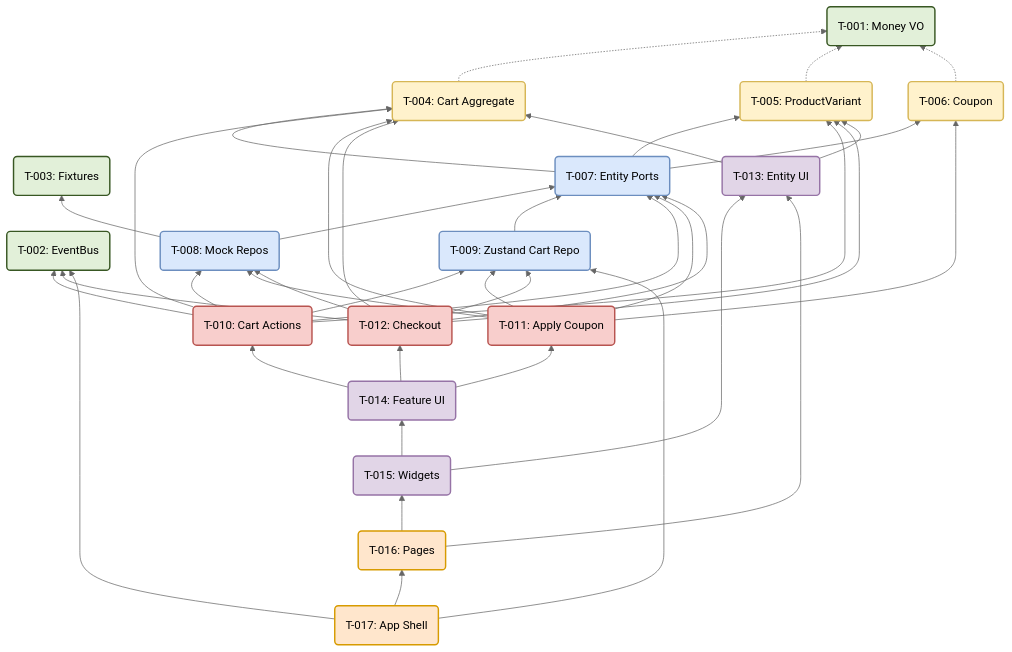
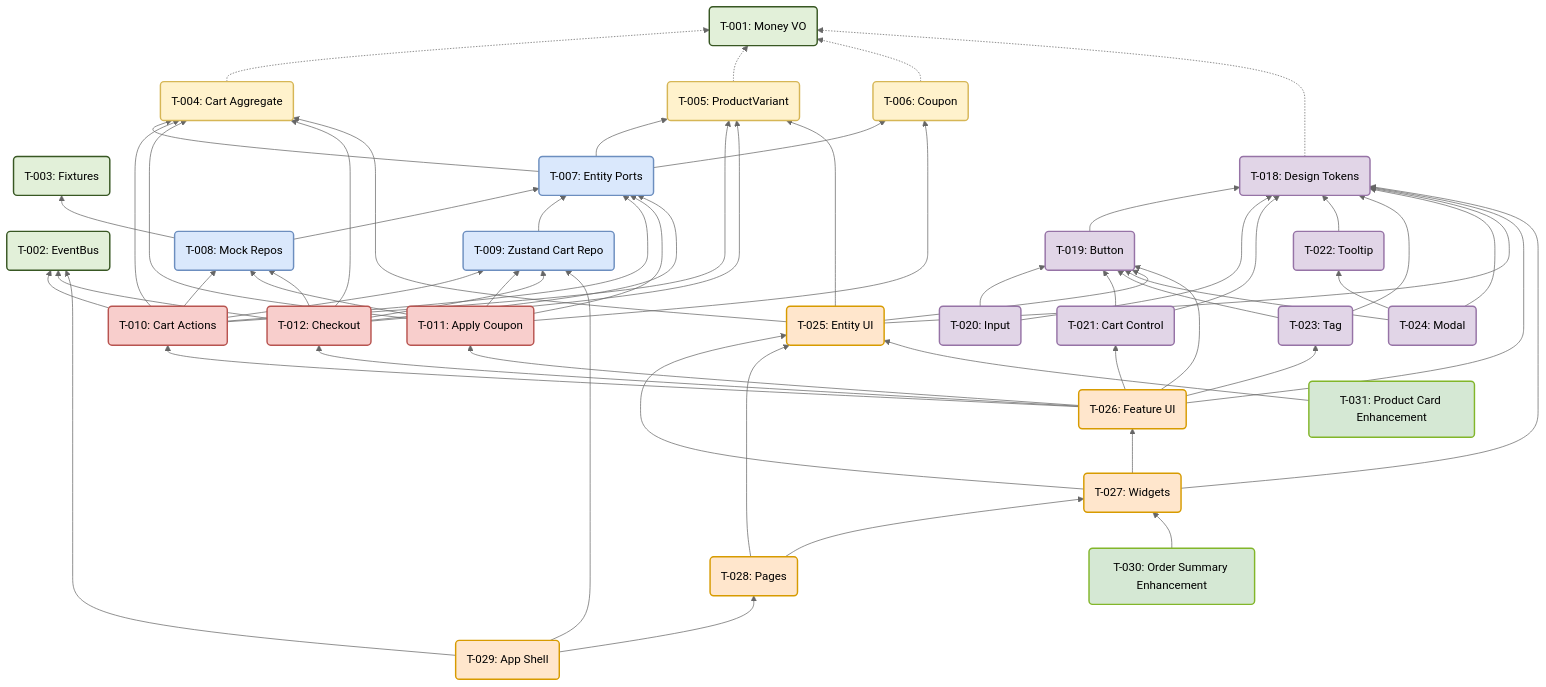
One commit to PavelPetrovich87/fsd-shopping-cart changed the diagram in docs/TICKETS.md. Above: the diagram before and after it, drawn with Mermaid (neutral theme). The commit also changed other lines of this file and 14 other files, not shown here.

````diff
--- a/docs/TICKETS.md
+++ b/docs/TICKETS.md
@@ -539,52 +734,74 @@
 ```mermaid
 graph BT
     classDef t1 fill:#e2f0d9,stroke:#385723,stroke-width:2px
     classDef t2 fill:#fff2cc,stroke:#d6b656,stroke-width:2px
     classDef t3 fill:#dae8fc,stroke:#6c8ebf,stroke-width:2px
     classDef t4 fill:#f8cecc,stroke:#b85450,stroke-width:2px
     classDef t5 fill:#e1d5e7,stroke:#9673a6,stroke-width:2px
     classDef t6 fill:#ffe6cc,stroke:#d79b00,stroke-width:2px
+    classDef t7 fill:#d5e8d4,stroke:#82b62a,stroke-width:2px
 
     T001("T-001: Money VO"):::t1
     T002("T-002: EventBus"):::t1
     T003("T-003: Fixtures"):::t1
 
     T004("T-004: Cart Aggregate"):::t2
     T005("T-005: ProductVariant"):::t2
     T006("T-006: Coupon"):::t2
 
     T007("T-007: Entity Ports"):::t3
     T008("T-008: Mock Repos"):::t3
     T009("T-009: Zustand Cart Repo"):::t3
 
     T010("T-010: Cart Actions"):::t4
     T011("T-011: Apply Coupon"):::t4
     T012("T-012: Checkout"):::t4
 
-    T013("T-013: Entity UI"):::t5
-    T014("T-014: Feature UI"):::t5
-    T015("T-015: Widgets"):::t5
+    T018("T-018: Design Tokens"):::t5
+    T019("T-019: Button"):::t5
+    T020("T-020: Input"):::t5
+    T021("T-021: Cart Control"):::t5
+    T022("T-022: Tooltip"):::t5
+    T023("T-023: Tag"):::t5
+    T024("T-024: Modal"):::t5
 
-    T016("T-016: Pages"):::t6
-    T017("T-017: App Shell"):::t6
+    T025("T-025: Entity UI"):::t6
+    T026("T-026: Feature UI"):::t6
+    T027("T-027: Widgets"):::t6
+
+    T028("T-028: Pages"):::t6
+    T029("T-029: App Shell"):::t6
+
+    T030("T-030: Order Summary Enhancement"):::t7
+    T031("T-031: Product Card Enhancement"):::t7
 
     T004 -.-> T001
     T005 -.-> T001
     T006 -.-> T001
 
     T007 --> T004 & T005 & T006
     T008 --> T003 & T007
     T009 --> T007
 
     T010 --> T004 & T005 & T007 & T008 & T009 & T002
     T011 --> T004 & T006 & T007 & T008 & T009
     T012 --> T004 & T005 & T007 & T008 & T009 & T002
 
-    T013 --> T004 & T005
-    T014 --> T010 & T011 & T012
+    T018 -.-> T001
+    T019 --> T018
+    T020 --> T018 & T019
+    T021 --> T018 & T019
+    T022 --> T018
+    T023 --> T018 & T019
+    T024 --> T018 & T019 & T022
 
-    T015 --> T013 & T014
+    T025 --> T004 & T005 & T018 & T019
+    T026 --> T010 & T011 & T012 & T018 & T019 & T021 & T023
+    T027 --> T025 & T026 & T018
 
-    T016 --> T015 & T013
-    T017 --> T016 & T002 & T009
+    T028 --> T027 & T025
+    T029 --> T028 & T002 & T009
+
+    T030 --> T027
+    T031 --> T025
 ```
````
